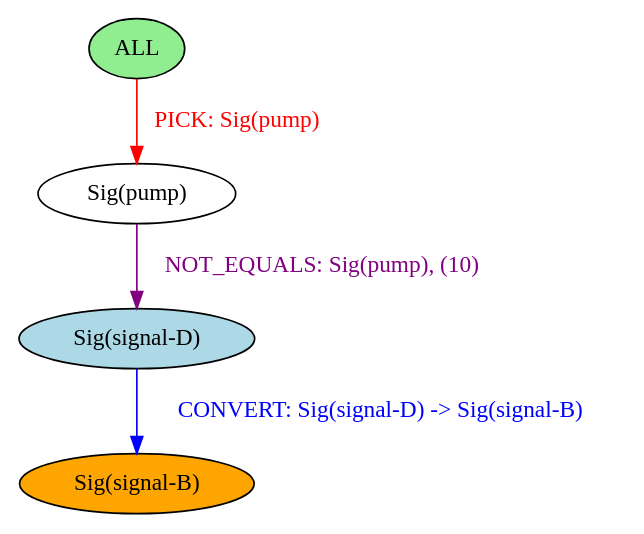
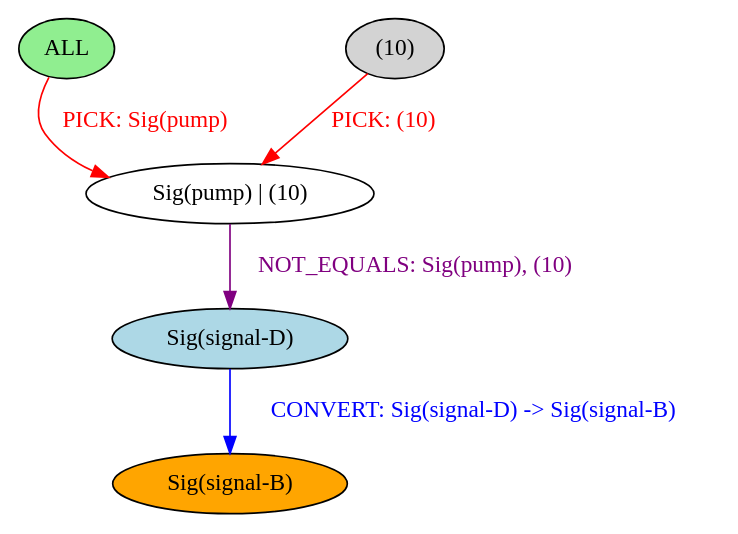
One commit to BalderHolst/chef changed the diagram in chef-lang/examples/booleans.output.dot. Above: the diagram before and after it, drawn with Graphviz. The commit also changed 18 other files, not shown here.

```diff
--- a/chef-lang/examples/booleans.output.dot
+++ b/chef-lang/examples/booleans.output.dot
@@ -1,10 +1,12 @@
 strict digraph {
 	nodesep=1
 	5	[style=filled fillcolor=lightblue label="Sig(signal-D)"]
 	6	[style=filled fillcolor=orange label="Sig(signal-B)"]
 	0	[style=filled fillcolor=lightgreen label="ALL"]
-	3	[style=filled fillcolor=white label="Sig(pump)"]
+	3	[style=filled fillcolor=white label="Sig(pump) | (10)"]
+	2	[style=filled fillcolor=lightgray label="(10)"]
 	5 -> 6	[label="CONVERT: Sig(signal-D) -> Sig(signal-B)" color=blue fontcolor=blue]
 	0 -> 3	[label="PICK: Sig(pump)" color=red fontcolor=red]
 	3 -> 5	[label="NOT_EQUALS: Sig(pump), (10)" color=purple fontcolor=purple]
+	2 -> 3	[label="PICK: (10)" color=red fontcolor=red]
 }
```
